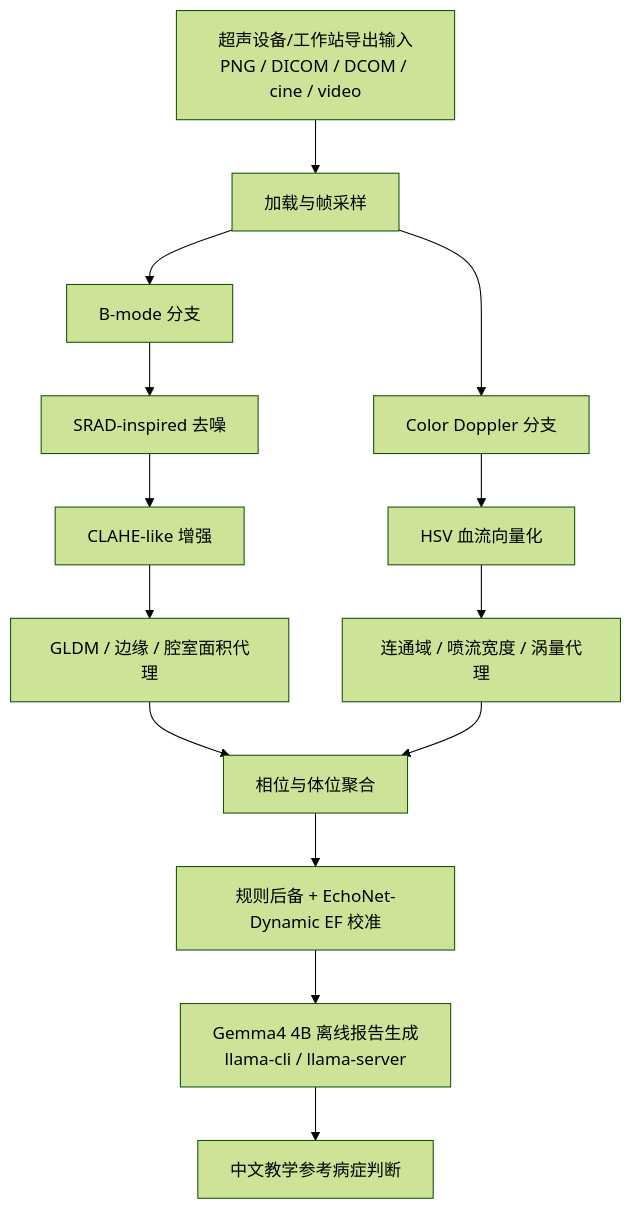
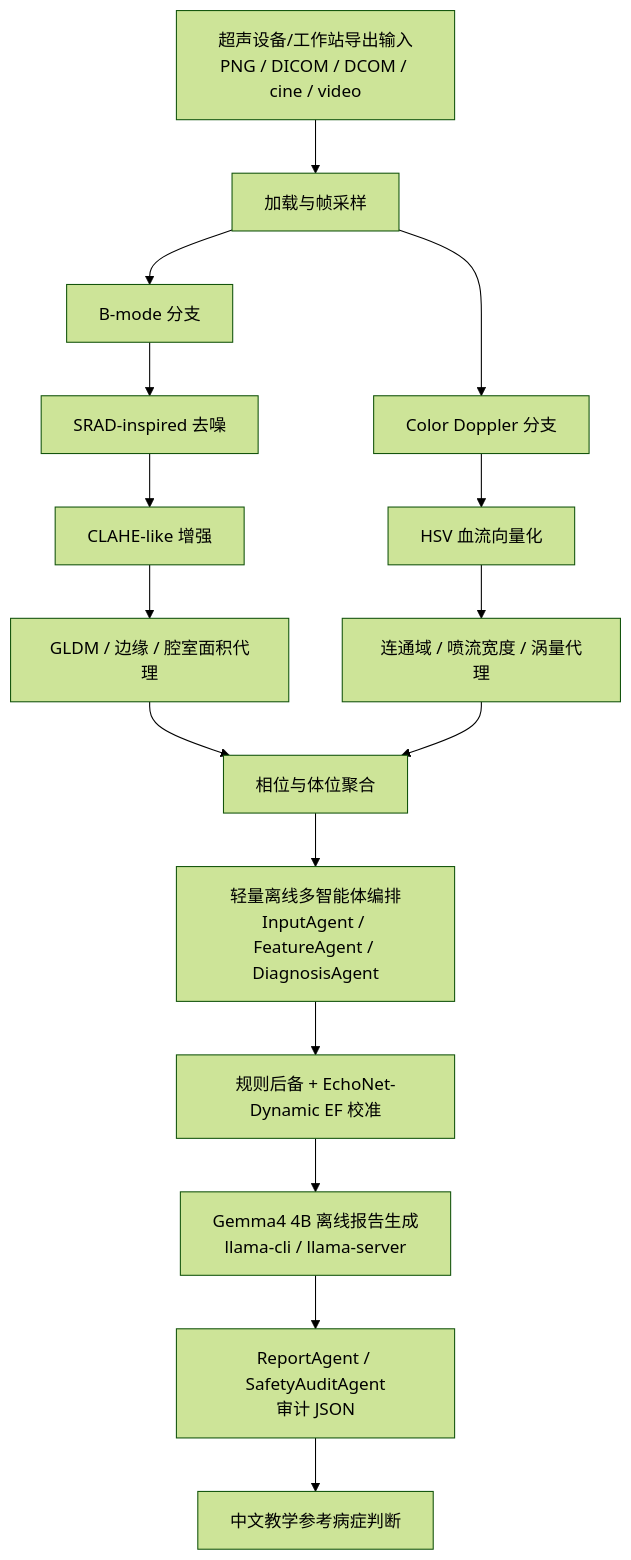
Before and after one commit to Timmy-zhu12/gdc-shanghai-project: the diagram in docs/architecture.md, drawn with Mermaid (forest theme). The commit also changed other lines of this file and 16 other files, not shown here.

Commit message:
feat: add offline multi-agent audit chain

````diff
--- a/docs/architecture.md
+++ b/docs/architecture.md
@@ -5,16 +5,18 @@
 ```mermaid
 flowchart TD
     A["超声设备/工作站导出输入<br/>PNG / DICOM / DCOM / cine / video"] --> B["加载与帧采样"]
     B --> C["B-mode 分支"]
     B --> D["Color Doppler 分支"]
     C --> C1["SRAD-inspired 去噪"]
     C1 --> C2["CLAHE-like 增强"]
     C2 --> C3["GLDM / 边缘 / 腔室面积代理"]
     D --> D1["HSV 血流向量化"]
     D1 --> D2["连通域 / 喷流宽度 / 涡量代理"]
     C3 --> E["相位与体位聚合"]
     D2 --> E
-    E --> F["规则后备 + EchoNet-Dynamic EF 校准"]
+    E --> O["轻量离线多智能体编排<br/>InputAgent / FeatureAgent / DiagnosisAgent"]
+    O --> F["规则后备 + EchoNet-Dynamic EF 校准"]
     F --> G["Gemma4 4B 离线报告生成<br/>llama-cli / llama-server"]
-    G --> H["中文教学参考病症判断"]
+    G --> R["ReportAgent / SafetyAuditAgent<br/>审计 JSON"]
+    R --> H["中文教学参考病症判断"]
 ```
````
